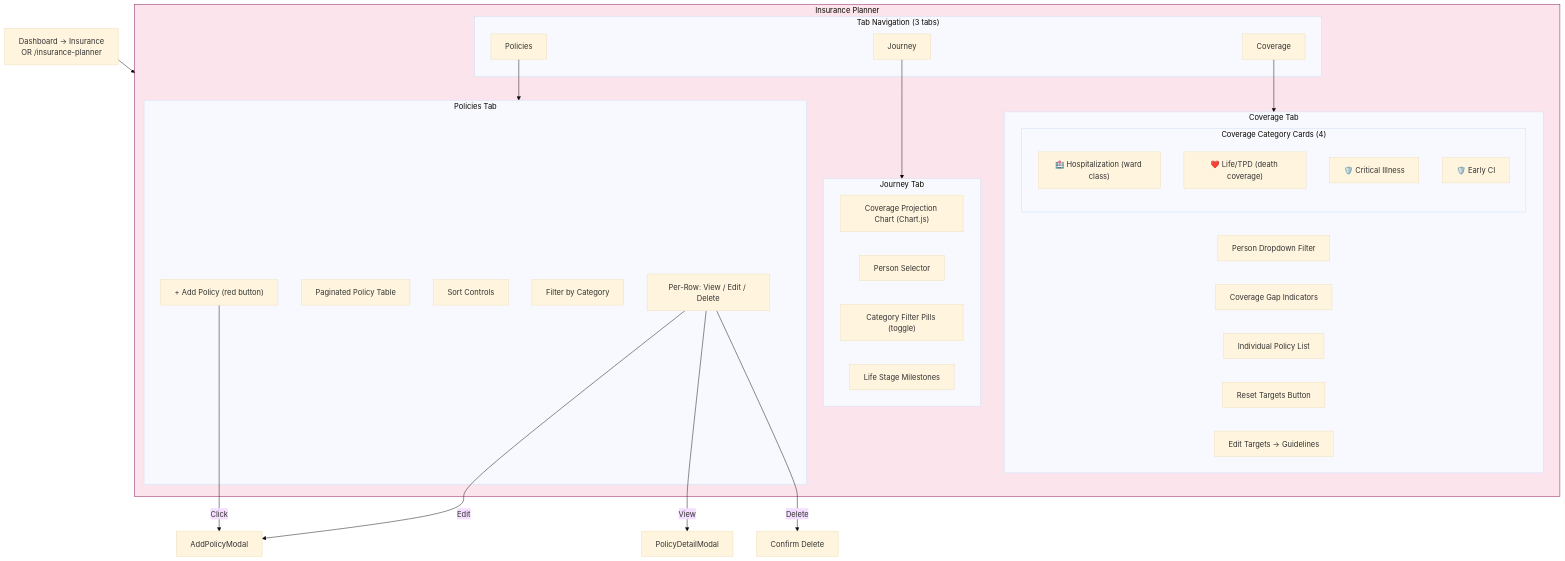
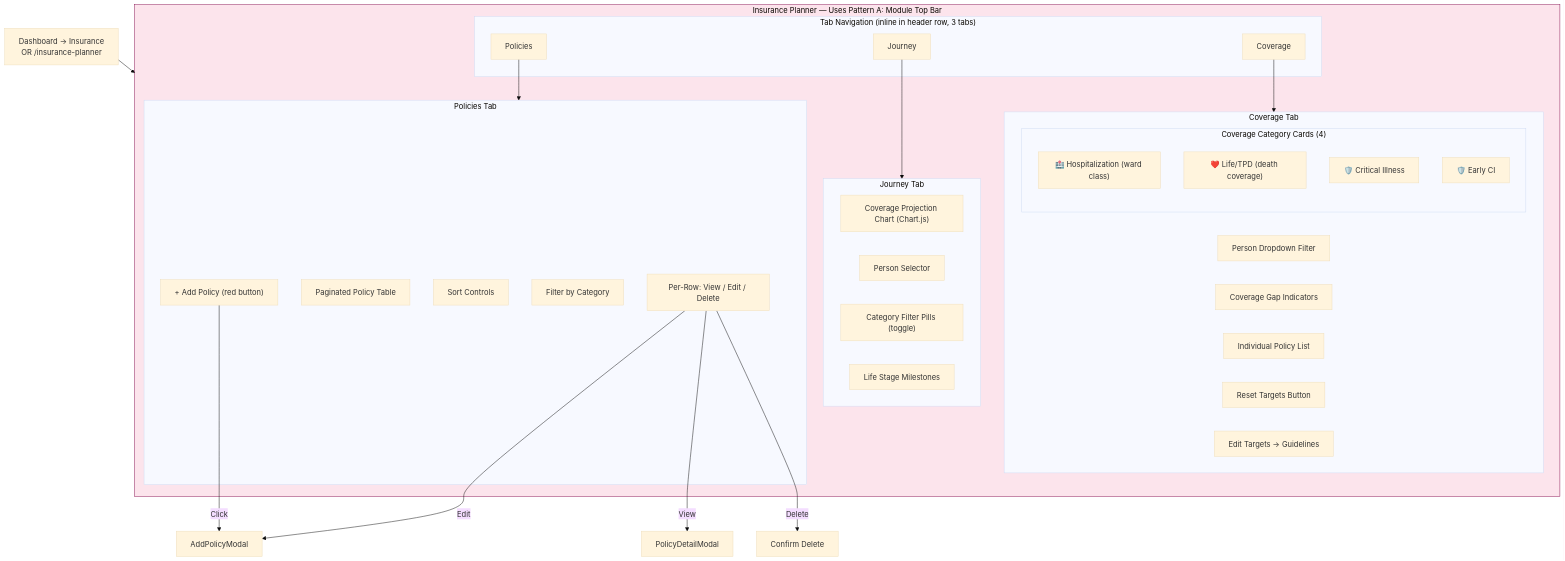
Diagram 29 of 43 in spec/assetra-user-journey-interaction-map.md (jcleow/wealthproject), drawn with Mermaid (base theme) before and after one commit. The commit also changed other lines of this file and 2 other files, not shown here.

````diff
--- a/spec/assetra-user-journey-interaction-map.md
+++ b/spec/assetra-user-journey-interaction-map.md
@@ -900,52 +1094,52 @@
 ```mermaid
 flowchart TB
     ENTRY["Dashboard → Insurance\nOR /insurance-planner"] --> INS_VIEW
 
-    subgraph INS_VIEW["Insurance Planner"]
-        subgraph TABS["Tab Navigation (3 tabs)"]
+    subgraph INS_VIEW["Insurance Planner — Uses Pattern A: Module Top Bar"]
+        subgraph TABS["Tab Navigation (inline in header row, 3 tabs)"]
             T1["Coverage"]
             T2["Journey"]
             T3["Policies"]
         end
 
         T1 --> COVERAGE
         T2 --> JOURNEY
         T3 --> POLICIES
     end
 
     subgraph COVERAGE["Coverage Tab"]
         PERSON_FILTER["Person Dropdown Filter"]
         subgraph COV_CARDS["Coverage Category Cards (4)"]
             CC1["🏥 Hospitalization (ward class)"]
             CC2["❤️ Life/TPD (death coverage)"]
             CC3["🛡️ Critical Illness"]
             CC4["🛡️ Early CI"]
         end
         GAP["Coverage Gap Indicators"]
         POLICY_LIST["Individual Policy List"]
         RESET_TARGETS["Reset Targets Button"]
         EDIT_TARGETS["Edit Targets → Guidelines"]
     end
 
     subgraph JOURNEY["Journey Tab"]
         J_CHART["Coverage Projection Chart (Chart.js)"]
         J_PERSON["Person Selector"]
         J_FILTER["Category Filter Pills (toggle)"]
         J_STAGES["Life Stage Milestones"]
     end
 
     subgraph POLICIES["Policies Tab"]
         P_ADD["+ Add Policy (red button)"]
         P_LIST["Paginated Policy Table"]
         P_SORT["Sort Controls"]
         P_FILTER["Filter by Category"]
         P_ACTIONS["Per-Row: View / Edit / Delete"]
     end
 
     P_ADD -->|"Click"| ADD_MODAL["AddPolicyModal"]
     P_ACTIONS -->|"View"| DETAIL_MODAL["PolicyDetailModal"]
     P_ACTIONS -->|"Edit"| ADD_MODAL
     P_ACTIONS -->|"Delete"| CONFIRM["Confirm Delete"]
 
     style INS_VIEW fill:#fce4ec,stroke:#880e4f
 ```
````
